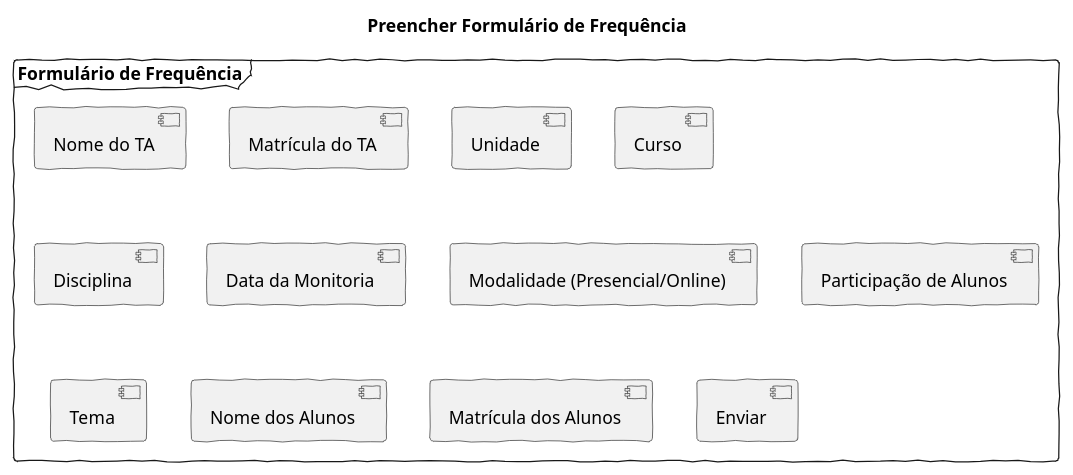
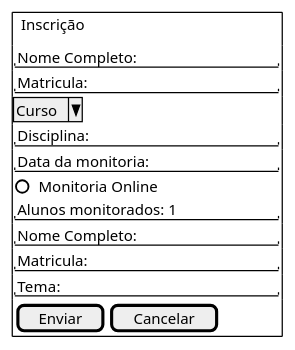
One commit to Projetos-de-Extensao/PBE_25.2_8004_Pioneiros changed the diagram in docs/Elaboracao/prototipo/formulario.wsd. Above: the diagram before and after it, drawn with PlantUML. The commit also changed other lines of this file, not shown here.

```diff
--- a/docs/Elaboracao/prototipo/formulario.wsd
+++ b/docs/Elaboracao/prototipo/formulario.wsd
@@ -6,19 +2,18 @@
-@startuml
-skinparam handwritten true
-title Preencher Formulário de Frequência
-
-frame "Formulário de Frequência" {
-  component "Nome do TA"
-  component "Matrícula do TA"
-  component "Unidade"
-  component "Curso"
-  component "Disciplina"
-  component "Data da Monitoria"
-  component "Modalidade (Presencial/Online)"
-  component "Participação de Alunos"
-  component "Tema"
-  component "Nome dos Alunos"
-  component "Matrícula dos Alunos"
-  component "Enviar"
+@startsalt
+{+
+  {^"Inscrição"}
+  "Nome Completo:            "
+  "Matricula:                "
+  ^Curso^
+  "Disciplina:               "
+  "Data da monitoria:        "
+  ()Monitoria Online
+  "Alunos monitorados: 1     "
+  "Nome Completo:            "
+  "Matricula:                "
+  "Tema:                     "
+  {
+    [ Enviar ] | [ Cancelar ]
+  }
 }
-@enduml
+@endsalt
```
